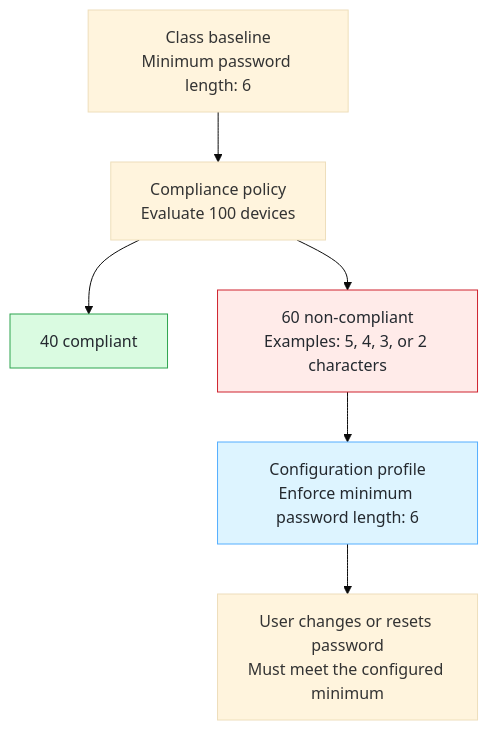
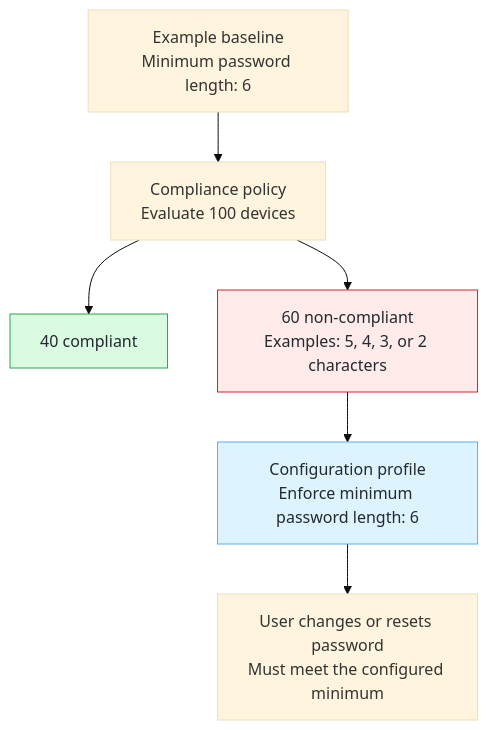
One commit to shovansarkarece/Intune changed the fifth of 7 diagrams in Microsoft-Intune-Fundamentals.md. Above: the diagram before and after it, drawn with Mermaid (base theme). The commit also changed other lines of this file, not shown here.

````diff
--- a/Microsoft-Intune-Fundamentals.md
+++ b/Microsoft-Intune-Fundamentals.md
@@ -329,11 +341,11 @@
 ```mermaid
 flowchart TD
-    A["Class baseline<br/>Minimum password length: 6"] --> B["Compliance policy<br/>Evaluate 100 devices"]
+    A["Example baseline<br/>Minimum password length: 6"] --> B["Compliance policy<br/>Evaluate 100 devices"]
     B --> C["40 compliant"]
     B --> D["60 non-compliant<br/>Examples: 5, 4, 3, or 2 characters"]
     D --> E["Configuration profile<br/>Enforce minimum password length: 6"]
     E --> F["User changes or resets password<br/>Must meet the configured minimum"]
     style C fill:#dafbe1,stroke:#2da44e,color:#24292f
     style D fill:#ffebe9,stroke:#cf222e,color:#24292f
     style E fill:#ddf4ff,stroke:#54aeff,color:#24292f
 ```
````
